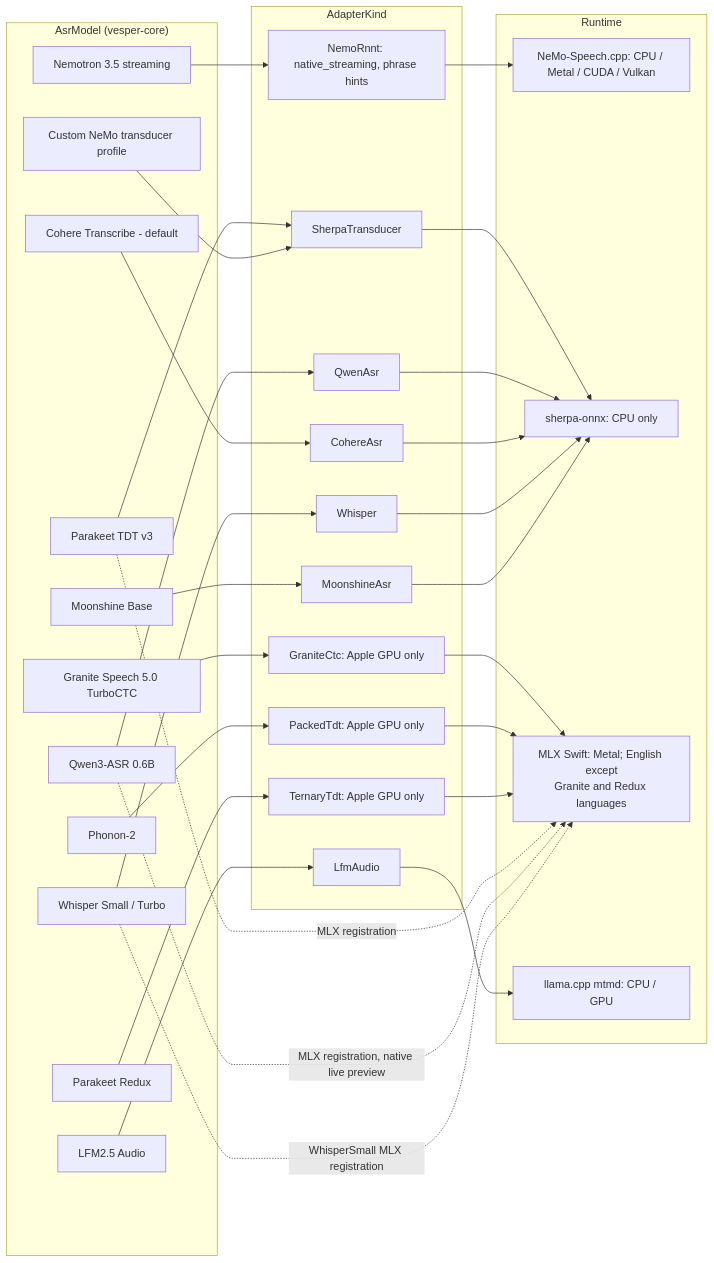
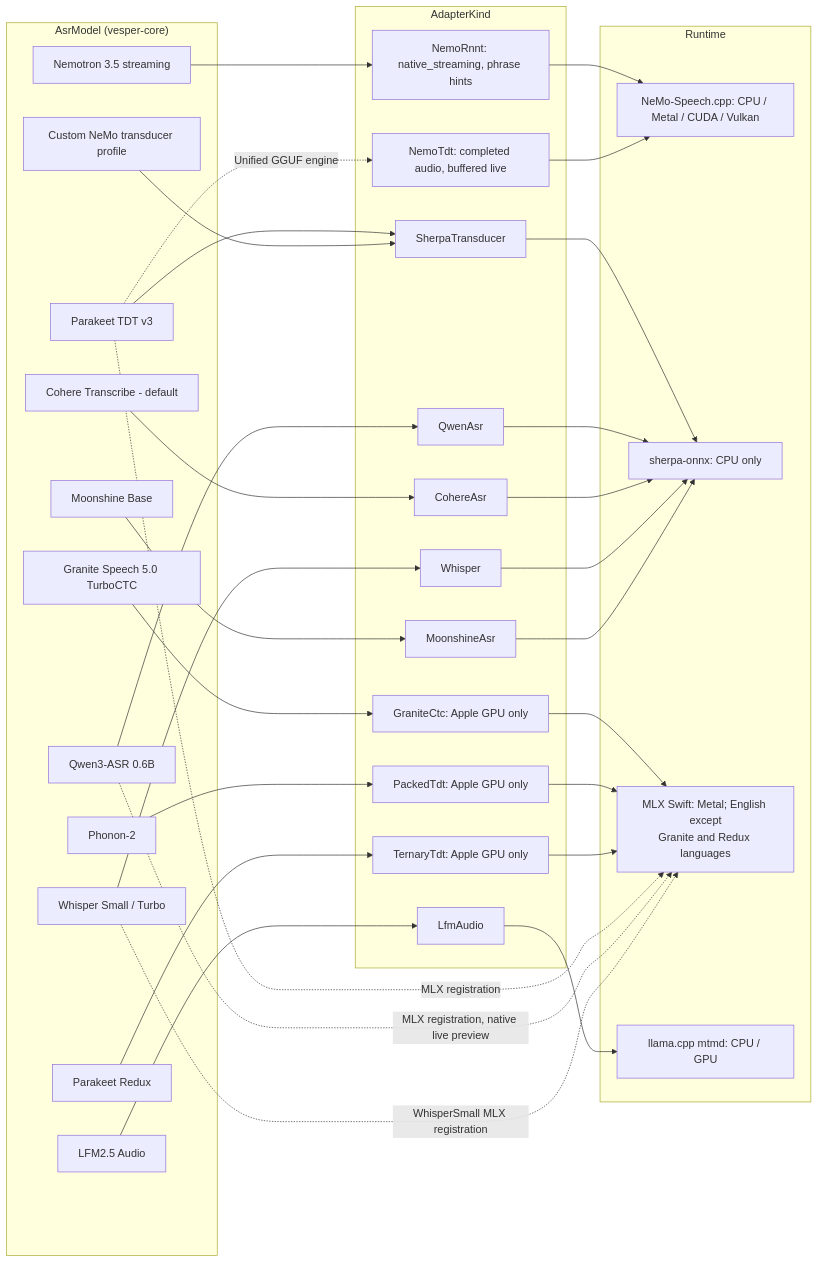
The fourth of 11 diagrams in docs/inference-architecture.md (rahulsharmavishwakarma/vesper), drawn with Mermaid before and after one commit. The commit also changed other lines of this file and 3 other files, not shown here.

First line of the commit message:
Record ADR-0024 and update architecture diagrams for the unified GGUF engine (Refs #293)

````diff
--- a/docs/inference-architecture.md
+++ b/docs/inference-architecture.md
@@ -197,49 +197,51 @@
 ```mermaid
 flowchart LR
   subgraph Models["AsrModel (vesper-core)"]
     nem[Nemotron 3.5 streaming]
     par[Parakeet TDT v3]
     qwa[Qwen3-ASR 0.6B]
     coh[Cohere Transcribe - default]
     whi[Whisper Small / Turbo]
     lfm[LFM2.5 Audio]
     moo[Moonshine Base]
     gra[Granite Speech 5.0 TurboCTC]
     pho[Phonon-2]
     red[Parakeet Redux]
     cus[Custom NeMo transducer profile]
   end
   subgraph Kinds["AdapterKind"]
     k1[NemoRnnt: native_streaming, phrase hints]
     k2[SherpaTransducer]
     k3[QwenAsr]
     k4[CohereAsr]
     k5[Whisper]
     k6[LfmAudio]
     k7[MoonshineAsr]
     k8[GraniteCtc: Apple GPU only]
     k9[PackedTdt: Apple GPU only]
     k10[TernaryTdt: Apple GPU only]
+    k11[NemoTdt: completed audio, buffered live]
   end
   subgraph Runtime["Runtime"]
     r1[NeMo-Speech.cpp: CPU / Metal / CUDA / Vulkan]
     r2[sherpa-onnx: CPU only]
     r3[MLX Swift: Metal; English except<br/>Granite and Redux languages]
     r4[llama.cpp mtmd: CPU / GPU]
   end
   nem --> k1 --> r1
   par --> k2
   cus --> k2
   qwa --> k3
   coh --> k4
   whi --> k5
   moo --> k7
   k2 & k3 & k4 & k5 & k7 --> r2
   gra --> k8 --> r3
   pho --> k9 --> r3
   red --> k10 --> r3
   par -. "MLX registration" .-> r3
+  par -. "Unified GGUF engine" .-> k11 --> r1
   qwa -. "MLX registration, native live preview" .-> r3
   whi -. "WhisperSmall MLX registration" .-> r3
   lfm --> k6 --> r4
 ```
````
